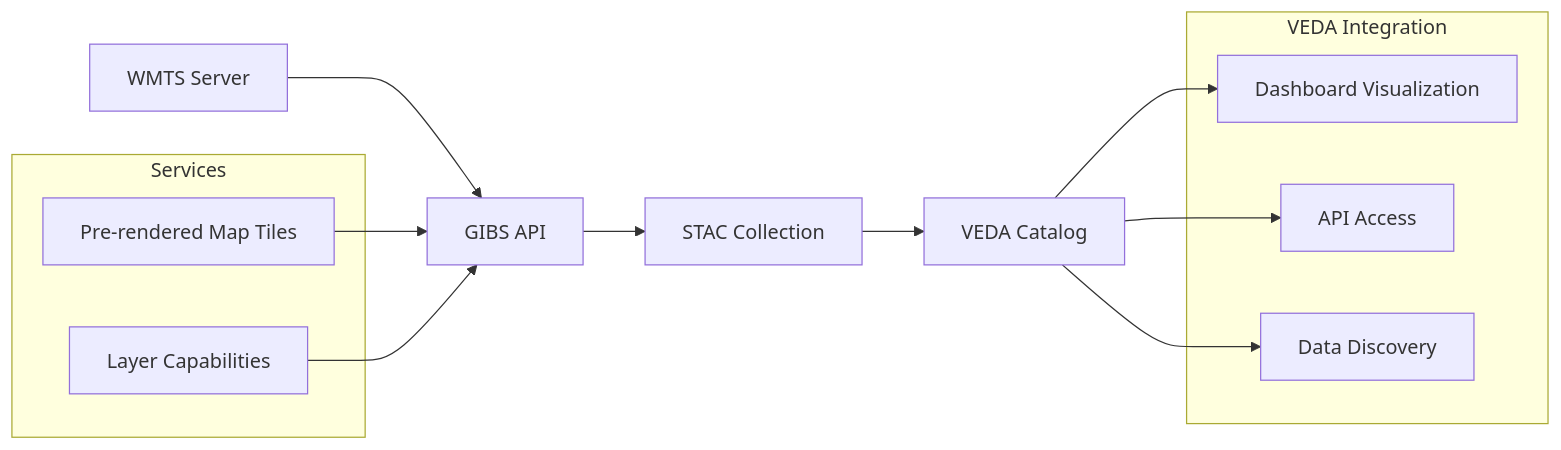
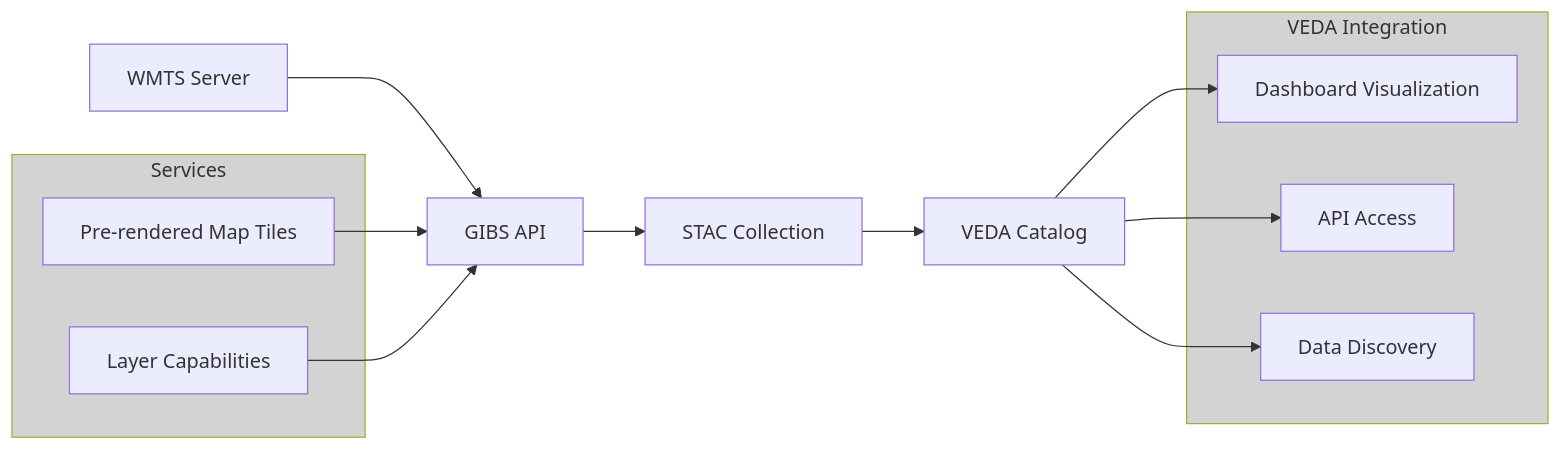
Before and after one commit to NASA-IMPACT/veda-docs: the diagram in user-guide/content-curation/external-collection-indexing/wmts.qmd, drawn with Mermaid. The commit also changed 1 other file, not shown here.

Commit message:
update subgraph fill colors

````diff
--- a/user-guide/content-curation/external-collection-indexing/wmts.qmd
+++ b/user-guide/content-curation/external-collection-indexing/wmts.qmd
@@ -16,24 +16,26 @@
 ```{mermaid}
 graph LR
     A[WMTS Server] --> B[GIBS API]
     B --> C[STAC Collection]
     C --> D[VEDA Catalog]
     
-    subgraph "Services"
+    subgraph Services [Services]
         E[Pre-rendered Map Tiles]
         F[Layer Capabilities] 
+        style Services fill:#D3D3D3
     end
     
     E --> B
     F --> B
     
-    subgraph "VEDA Integration"
+    subgraph VedaIntegration [VEDA Integration]
         H[Dashboard Visualization]
         I[API Access]
         J[Data Discovery]
+        style VedaIntegration fill:#D3D3D3
     end
     
     D --> H
     D --> I
     D --> J
 ```
````
